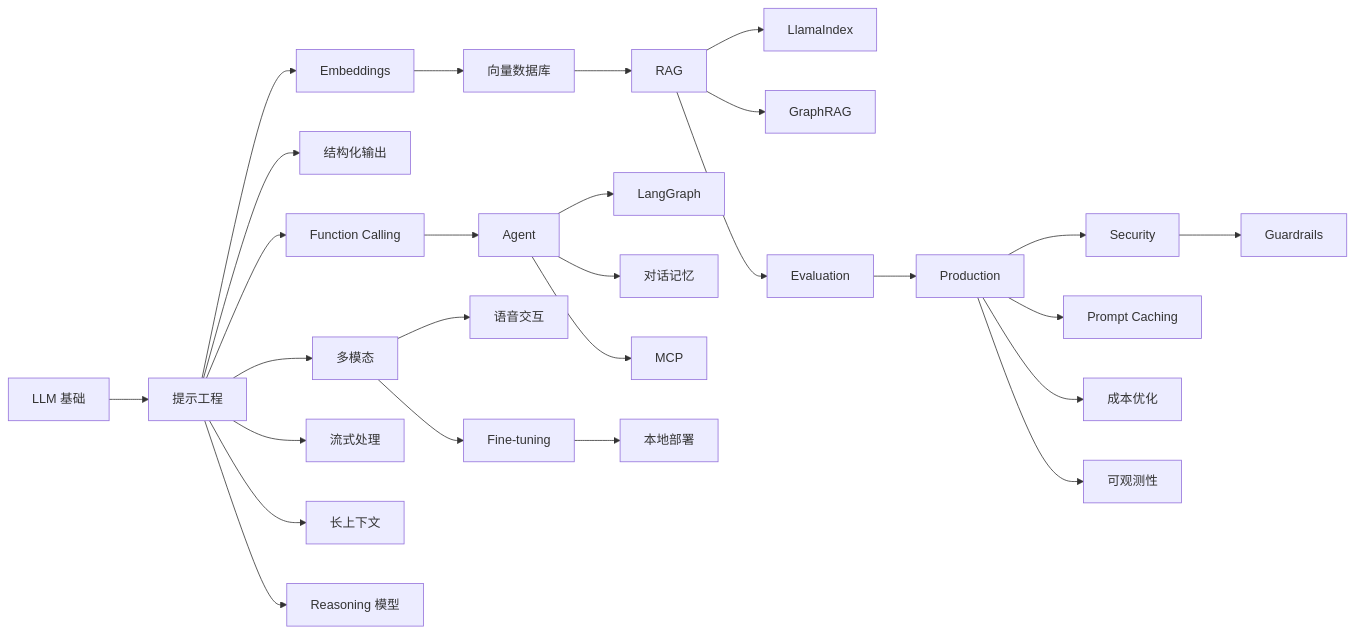
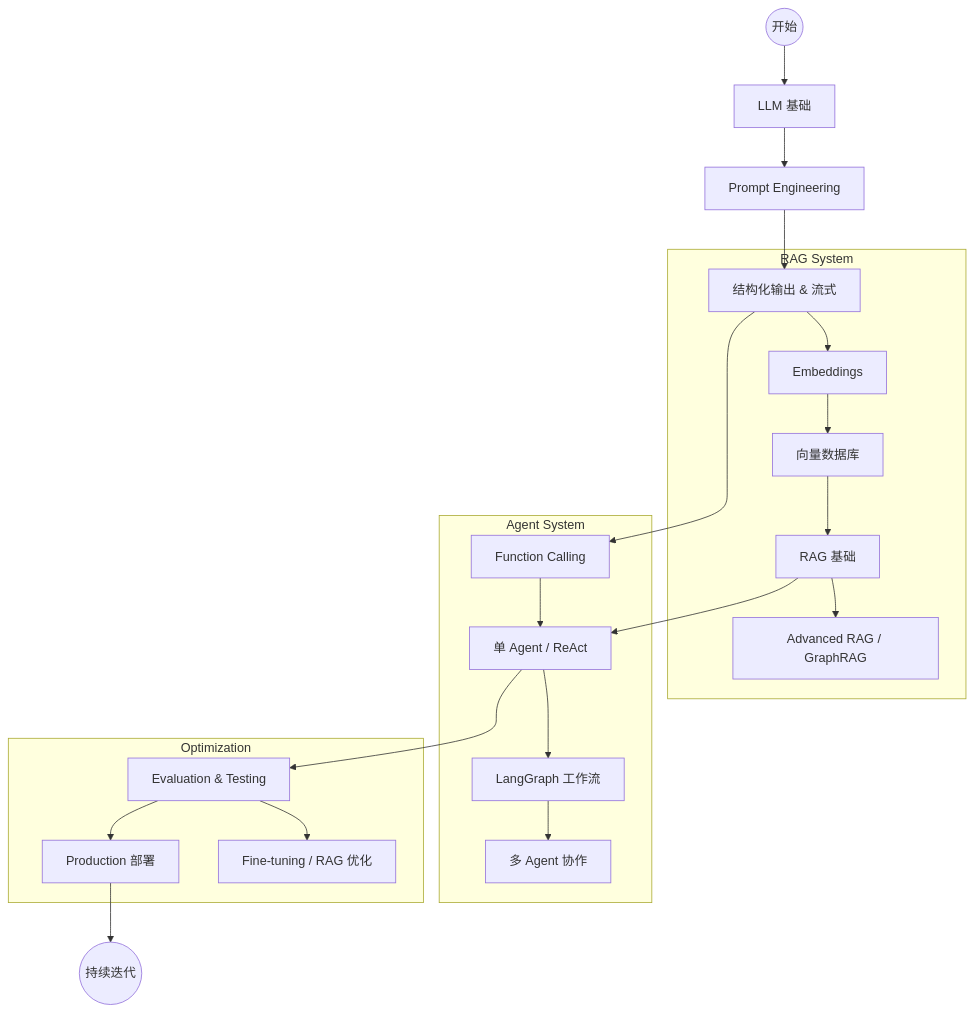
The diagram in docs/ai/index.md (to-lib/to-lib.github.io), drawn with Mermaid before and after one commit. The commit also changed other lines of this file and 1 other file, not shown here.

````diff
--- a/docs/ai/index.md
+++ b/docs/ai/index.md
@@ -92,29 +123,29 @@
 ```mermaid
-graph LR
-    A[LLM 基础] --> B[提示工程]
-    B --> C[Embeddings]
-    C --> D[向量数据库]
-    D --> E[RAG]
-    E --> R[LlamaIndex]
-    E --> GR[GraphRAG]
-    B --> F[结构化输出]
-    B --> G[Function Calling]
-    G --> H[Agent]
-    H --> I[LangGraph]
-    H --> S[对话记忆]
-    E --> J[Evaluation]
-    J --> K[Production]
-    K --> L[Security]
-    L --> GD[Guardrails]
-    K --> T[Prompt Caching]
-    K --> CO[成本优化]
-    K --> OB[可观测性]
-    H --> M[MCP]
-    B --> N[多模态]
-    N --> VO[语音交互]
-    N --> O[Fine-tuning]
-    B --> P[流式处理]
-    O --> Q[本地部署]
-    B --> U[长上下文]
-    B --> V[Reasoning 模型]
+graph TD
+    Start((开始)) --> Found[LLM 基础]
+    Found --> Prompt[Prompt Engineering]
+    Prompt --> Output[结构化输出 & 流式]
+
+    subgraph RAG System
+    Output --> Embed[Embeddings]
+    Embed --> VecDB[向量数据库]
+    VecDB --> RAG[RAG 基础]
+    RAG --> AdvRAG[Advanced RAG / GraphRAG]
+    end
+
+    subgraph Agent System
+    Output --> Tools[Function Calling]
+    Tools --> Agent[单 Agent / ReAct]
+    RAG --> Agent
+    Agent --> Workflow[LangGraph 工作流]
+    Workflow --> Multi[多 Agent 协作]
+    end
+
+    subgraph Optimization
+    Agent --> Eval[Evaluation & Testing]
+    Eval --> Prod[Production 部署]
+    Eval --> FT[Fine-tuning / RAG 优化]
+    end
+
+    Prod --> End((持续迭代))
 ```
````
